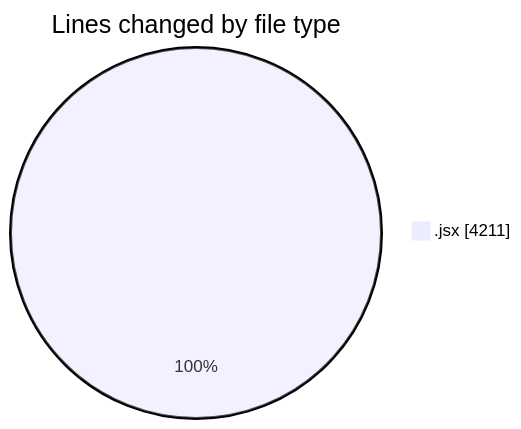
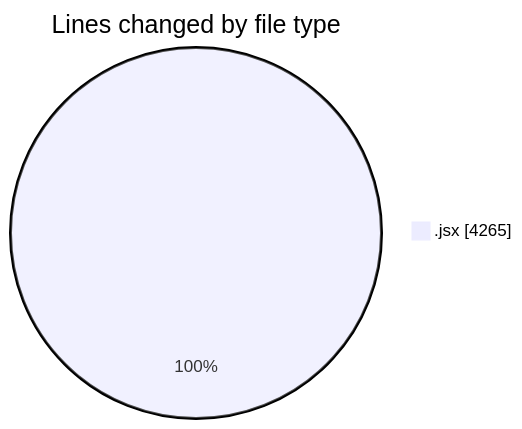
Before and after one commit to nxtqubesakshisongat/code-tracking: the first of 2 diagrams in 2026-01-06/nxtqube_webapp/README.md, drawn with Mermaid. The commit also changed other lines of this file and 1 other file, not shown here.

````diff
--- a/2026-01-06/nxtqube_webapp/README.md
+++ b/2026-01-06/nxtqube_webapp/README.md
@@ -21,5 +21,5 @@
 ```mermaid
 pie showData
 title Lines changed by file type
-".jsx" : 4211
+".jsx" : 4265
 ```
````
